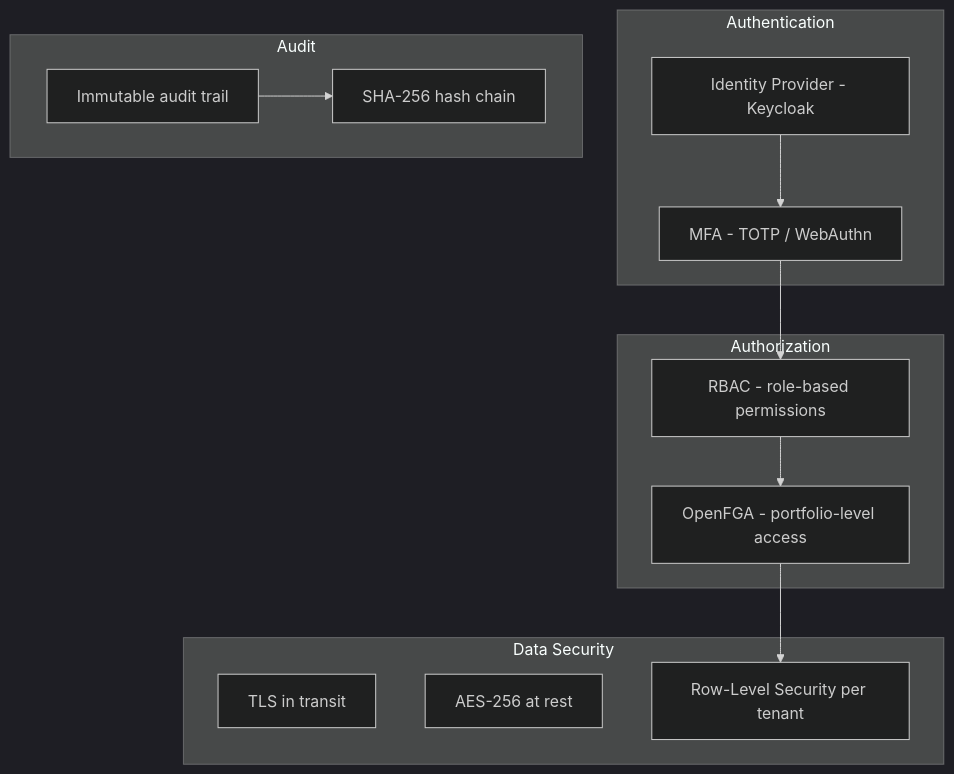
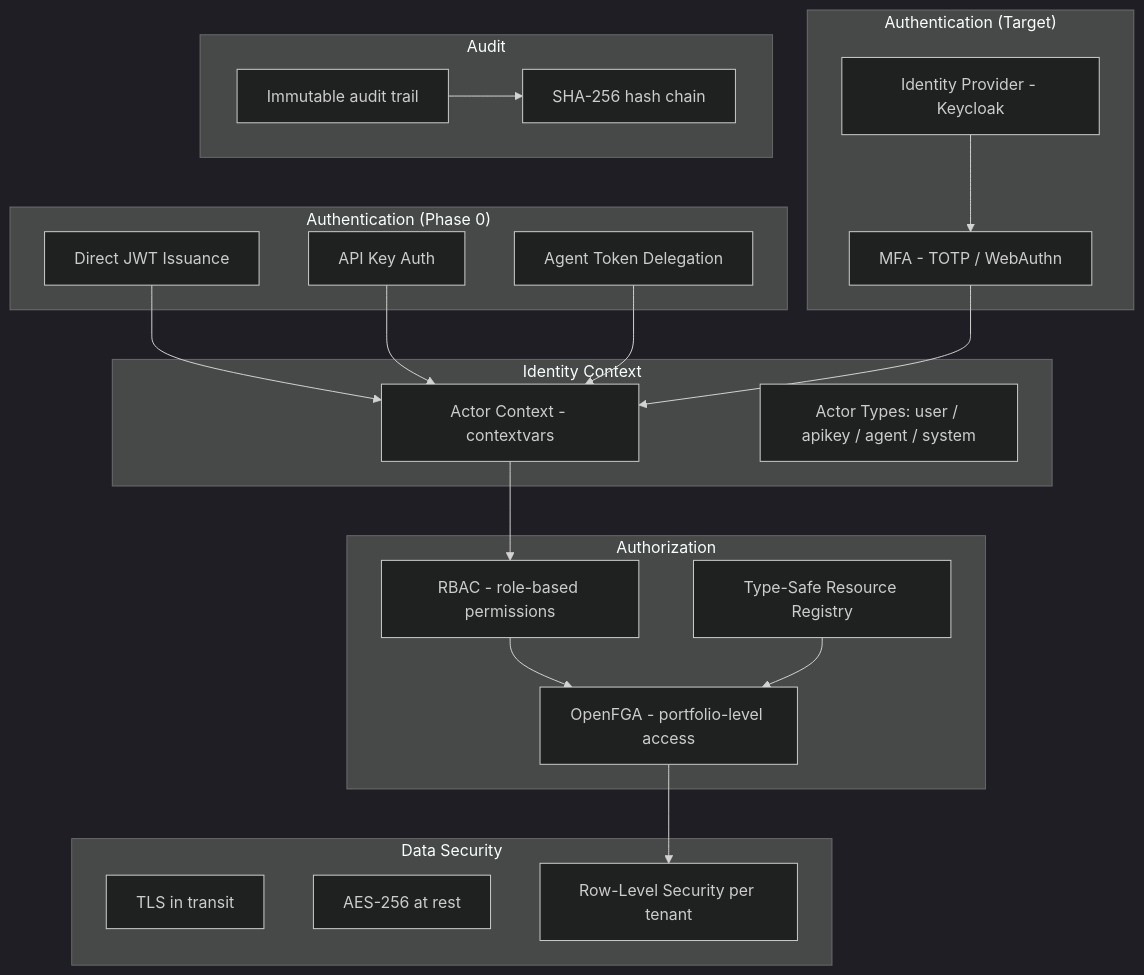
The seventh of 7 diagrams in systems/hedge-fund-desk/overview.md (brunoprela/design), drawn with Mermaid (dark theme) before and after one commit. The commit also changed other lines of this file and 2 other files, not shown here.

Commit message:
auth updates

````diff
--- a/systems/hedge-fund-desk/overview.md
+++ b/systems/hedge-fund-desk/overview.md
@@ -568,29 +568,46 @@
 ```mermaid
 graph TD
-    subgraph "Authentication"
+    subgraph "Authentication (Phase 0)"
+        JWT[Direct JWT Issuance]
+        APIKEY[API Key Auth]
+        AGENT[Agent Token Delegation]
+    end
+
+    subgraph "Authentication (Target)"
         IDP[Identity Provider - Keycloak]
         MFA[MFA - TOTP / WebAuthn]
     end
 
     subgraph "Authorization"
         RBAC[RBAC - role-based permissions]
         FGA[OpenFGA - portfolio-level access]
+        REGISTRY[Type-Safe Resource Registry]
+    end
+
+    subgraph "Identity Context"
+        ACTX[Actor Context - contextvars]
+        TYPES[Actor Types: user / apikey / agent / system]
     end
 
     subgraph "Data Security"
         TLS[TLS in transit]
         AES[AES-256 at rest]
         RLS[Row-Level Security per tenant]
     end
 
     subgraph "Audit"
         AUDIT_LOG[Immutable audit trail]
         HASH[SHA-256 hash chain]
     end
 
+    JWT --> ACTX
+    APIKEY --> ACTX
+    AGENT --> ACTX
     IDP --> MFA
-    MFA --> RBAC
+    MFA --> ACTX
+    ACTX --> RBAC
     RBAC --> FGA
+    REGISTRY --> FGA
     FGA --> RLS
     AUDIT_LOG --> HASH
 ```
````
